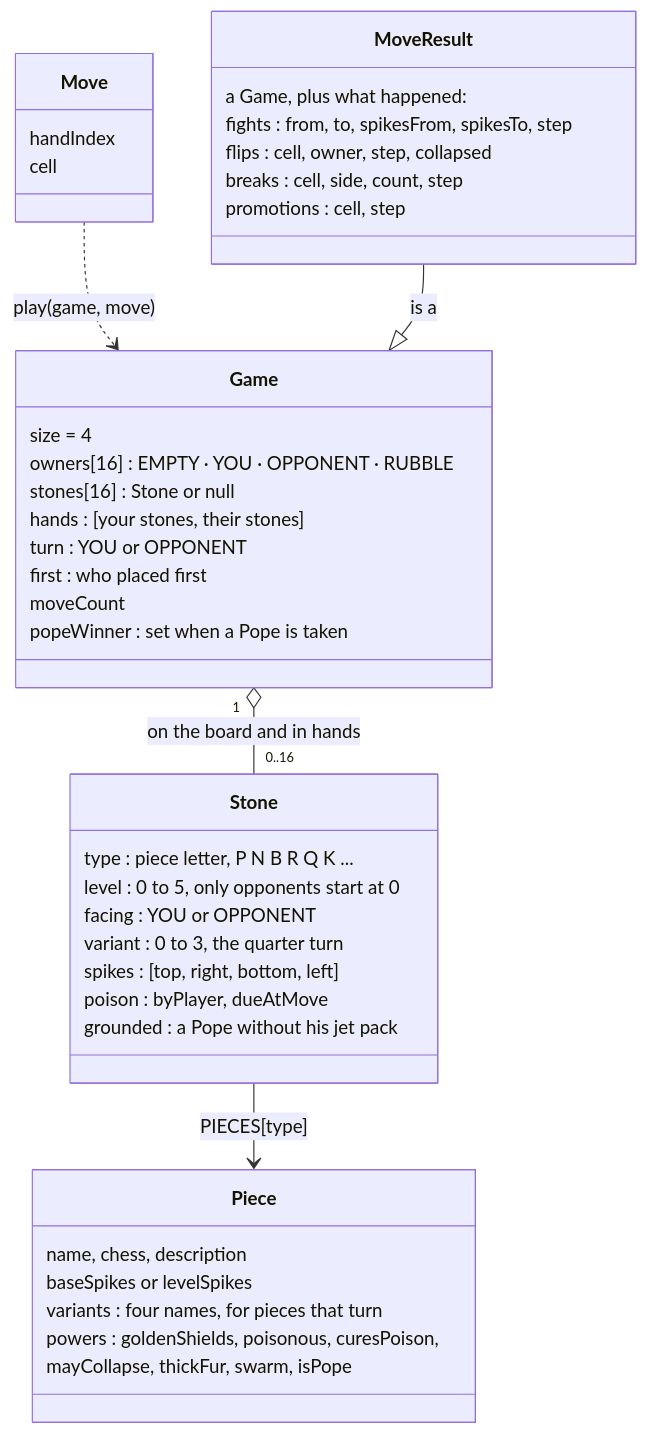
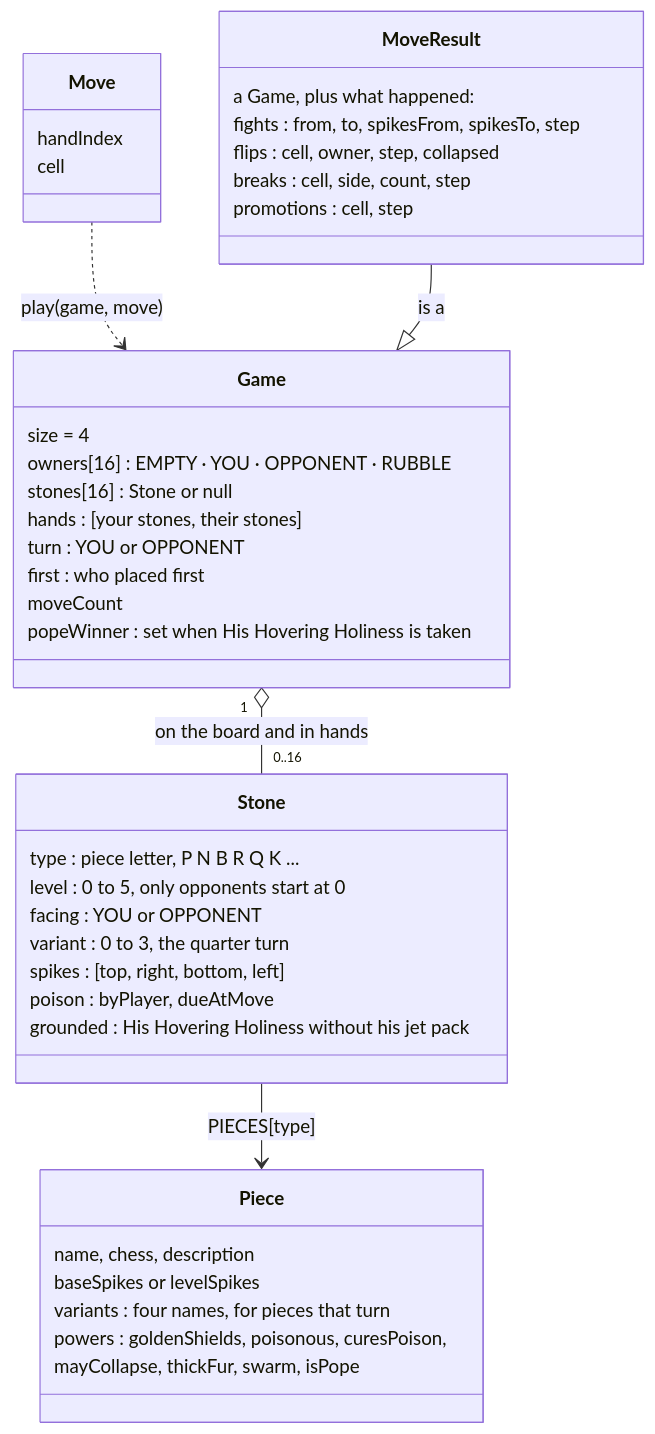
One commit to louisvandenbruwaene/rook-like changed the second of 8 diagrams in README.md. Above: the diagram before and after it, drawn with Mermaid. The commit also changed other lines of this file and 8 other files, not shown here.

````diff
--- a/README.md
+++ b/README.md
@@ -60,44 +60,44 @@
 ```mermaid
 classDiagram
     class Game {
         size = 4
         owners[16] : EMPTY · YOU · OPPONENT · RUBBLE
         stones[16] : Stone or null
         hands : [your stones, their stones]
         turn : YOU or OPPONENT
         first : who placed first
         moveCount
-        popeWinner : set when a Pope is taken
+        popeWinner : set when His Hovering Holiness is taken
     }
     class Stone {
         type : piece letter, P N B R Q K ...
         level : 0 to 5, only opponents start at 0
         facing : YOU or OPPONENT
         variant : 0 to 3, the quarter turn
         spikes : [top, right, bottom, left]
         poison : byPlayer, dueAtMove
-        grounded : a Pope without his jet pack
+        grounded : His Hovering Holiness without his jet pack
     }
     class Piece {
         name, chess, description
         baseSpikes or levelSpikes
         variants : four names, for pieces that turn
         powers : goldenShields, poisonous, curesPoison,
         mayCollapse, thickFur, swarm, isPope
     }
     class Move {
         handIndex
         cell
     }
     class MoveResult {
         a Game, plus what happened:
         fights : from, to, spikesFrom, spikesTo, step
         flips : cell, owner, step, collapsed
         breaks : cell, side, count, step
         promotions : cell, step
     }
     Game "1" o-- "0..16" Stone : on the board and in hands
     Stone --> Piece : PIECES[type]
     Move ..> Game : play(game, move)
     MoveResult --|> Game : is a
 ```
````
